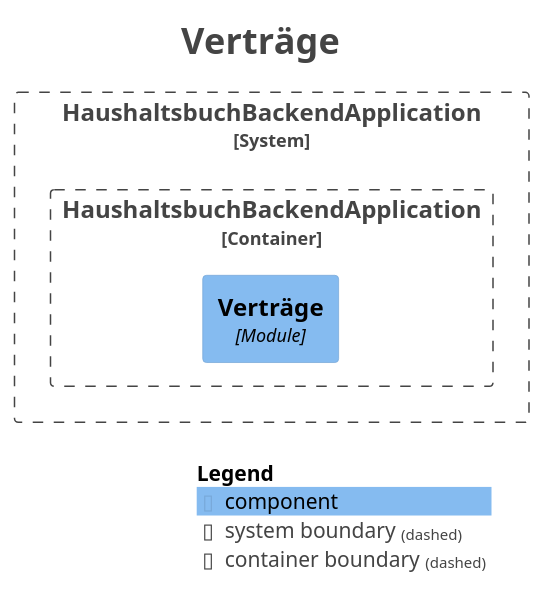
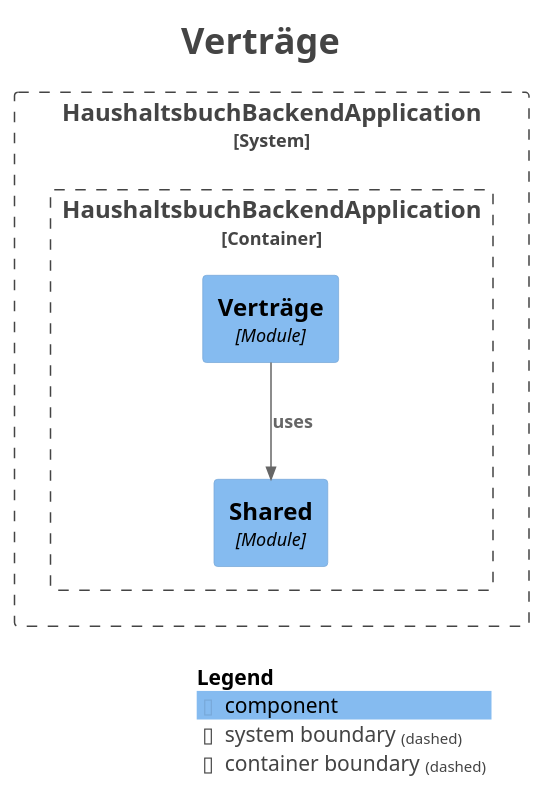
The diagram in docs/module/module-vertraege.puml (bjoernb94/Haushaltsbuch-Backend), drawn with PlantUML before and after one commit. The commit also changed 41 other files, not shown here.

```diff
--- a/docs/module/module-vertraege.puml
+++ b/docs/module/module-vertraege.puml
@@ -1,27 +1,30 @@
 @startuml
 title <size:24>Verträge</size>
 
 set separator none
 top to bottom direction
 
 <style>
   root {
     BackgroundColor: #ffffff
     FontColor: #444444
   }
 </style>
 
 !include <C4/C4>
 !include <C4/C4_Context>
 !include <C4/C4_Component>
 
 System_Boundary("HaushaltsbuchBackendApplication_boundary", "HaushaltsbuchBackendApplication", $tags="") {
   Container_Boundary("HaushaltsbuchBackendApplication.HaushaltsbuchBackendApplication_boundary", "HaushaltsbuchBackendApplication", $tags="") {
+    Component(HaushaltsbuchBackendApplication.HaushaltsbuchBackendApplication.Shared, "Shared", $techn="Module", $descr="", $tags="", $link="")
     Component(HaushaltsbuchBackendApplication.HaushaltsbuchBackendApplication.Verträge, "Verträge", $techn="Module", $descr="", $tags="", $link="")
   }
 
 }
 
+Rel(HaushaltsbuchBackendApplication.HaushaltsbuchBackendApplication.Verträge, HaushaltsbuchBackendApplication.HaushaltsbuchBackendApplication.Shared, "uses", $techn="", $tags="", $link="")
+
 SHOW_LEGEND(true)
 hide stereotypes
 @enduml
```
